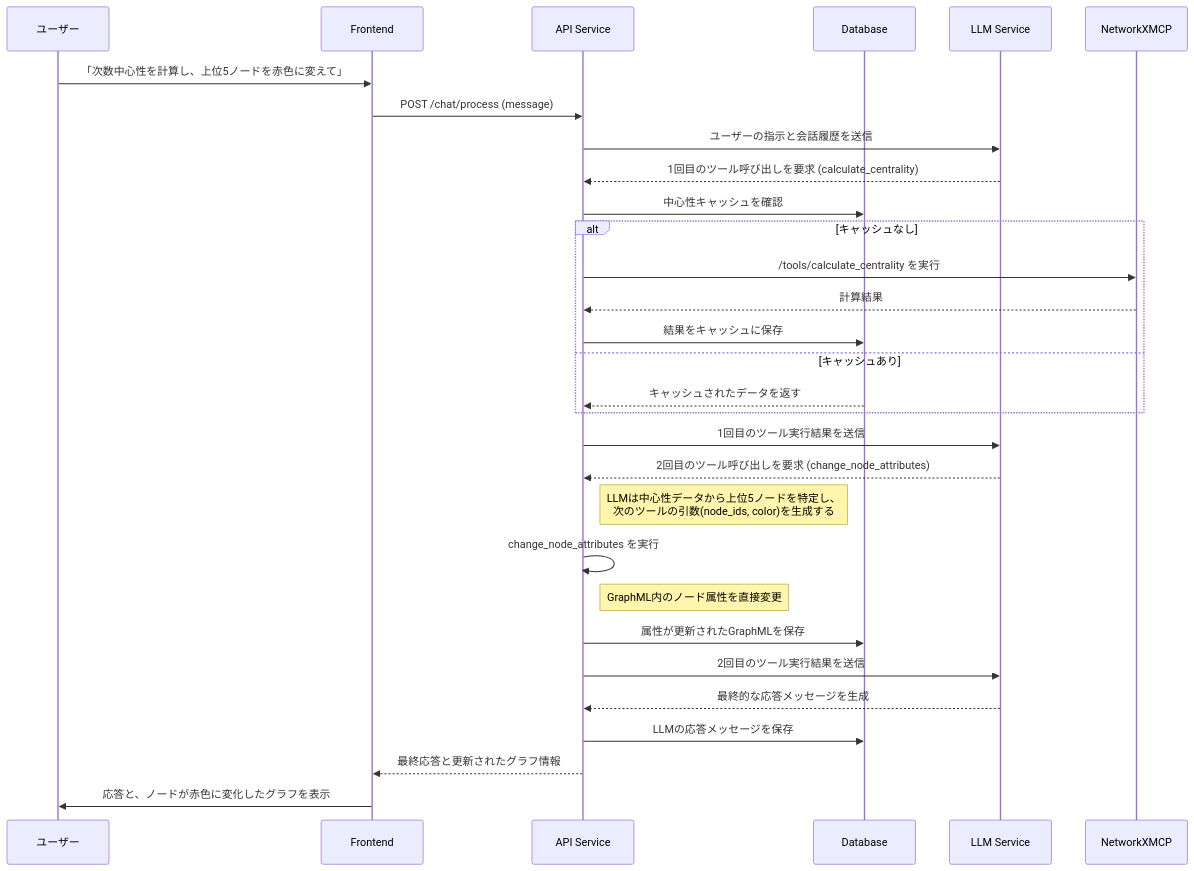
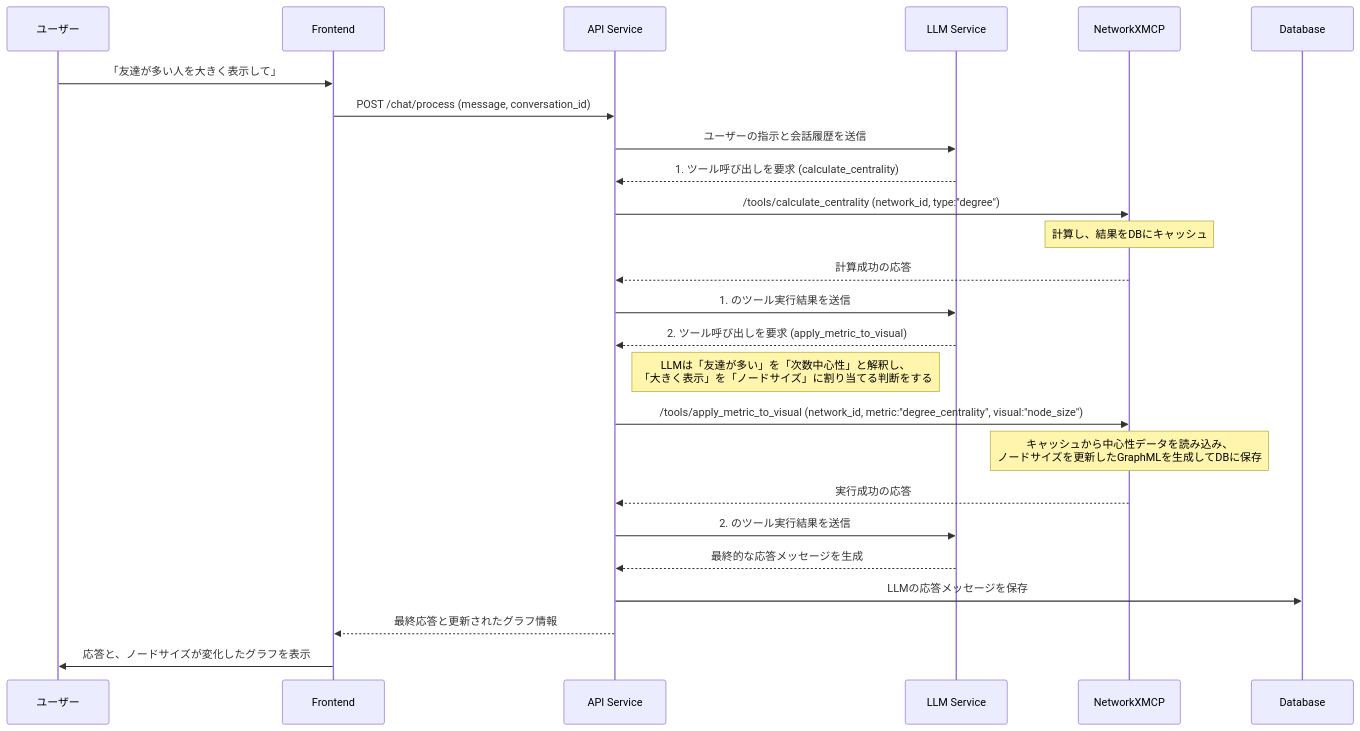
The eighth of 8 diagrams in specification/architecture.md (vdslab/LLMGraphvis), drawn with Mermaid before and after one commit. The commit also changed other lines of this file and 2 other files, not shown here.

Commit message:
feat: Update architecture and backend documentation to clarify the role of NetworkXMCP and enhance data flow descriptions

````diff
--- a/specification/architecture.md
+++ b/specification/architecture.md
@@ -256,39 +255,34 @@
 ```mermaid
 sequenceDiagram
     participant U as ユーザー
     participant F as Frontend
     participant B as API Service
-    participant DB as Database
     participant LLM as LLM Service
     participant N as NetworkXMCP
+    participant DB as Database
 
-    U->>F: 「次数中心性を計算し、上位5ノードを赤色に変えて」
-    F->>B: POST /chat/process (message)
+    U->>F: 「友達が多い人を大きく表示して」
+    F->>B: POST /chat/process (message, conversation_id)
 
     B->>LLM: ユーザーの指示と会話履歴を送信
-    LLM-->>B: 1回目のツール呼び出しを要求 (calculate_centrality)
+    LLM-->>B: 1. ツール呼び出しを要求 (calculate_centrality)
 
-    B->>DB: 中心性キャッシュを確認
-    alt キャッシュなし
-        B->>N: /tools/calculate_centrality を実行
-        N-->>B: 計算結果
-        B->>DB: 結果をキャッシュに保存
-    else キャッシュあり
-        DB-->>B: キャッシュされたデータを返す
-    end
+    B->>N: /tools/calculate_centrality (network_id, type:"degree")
+    note over N: 計算し、結果をDBにキャッシュ
+    N-->>B: 計算成功の応答
 
-    B->>LLM: 1回目のツール実行結果を送信
-    LLM-->>B: 2回目のツール呼び出しを要求 (change_node_attributes)
-    note right of B: LLMは中心性データから上位5ノードを特定し、<br>次のツールの引数(node_ids, color)を生成する
+    B->>LLM: 1. のツール実行結果を送信
+    LLM-->>B: 2. ツール呼び出しを要求 (apply_metric_to_visual)
+    note right of B: LLMは「友達が多い」を「次数中心性」と解釈し、<br>「大きく表示」を「ノードサイズ」に割り当てる判断をする
 
-    B->>B: change_node_attributes を実行
-    note right of B: GraphML内のノード属性を直接変更
-    B->>DB: 属性が更新されたGraphMLを保存
+    B->>N: /tools/apply_metric_to_visual (network_id, metric:"degree_centrality", visual:"node_size")
+    note over N: キャッシュから中心性データを読み込み、<br>ノードサイズを更新したGraphMLを生成してDBに保存
+    N-->>B: 実行成功の応答
 
-    B->>LLM: 2回目のツール実行結果を送信
+    B->>LLM: 2. のツール実行結果を送信
     LLM-->>B: 最終的な応答メッセージを生成
 
     B->>DB: LLMの応答メッセージを保存
     B-->>F: 最終応答と更新されたグラフ情報
-    F->>U: 応答と、ノードが赤色に変化したグラフを表示
+    F->>U: 応答と、ノードサイズが変化したグラフを表示
 ```
````
